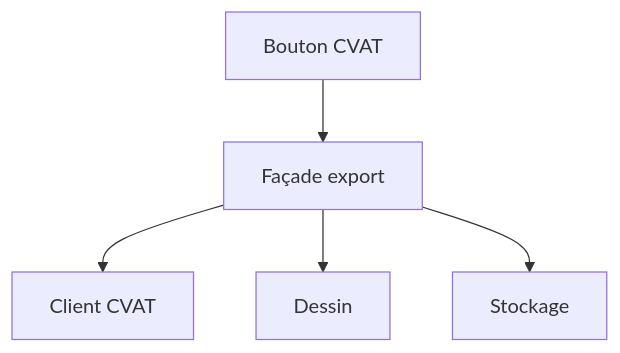
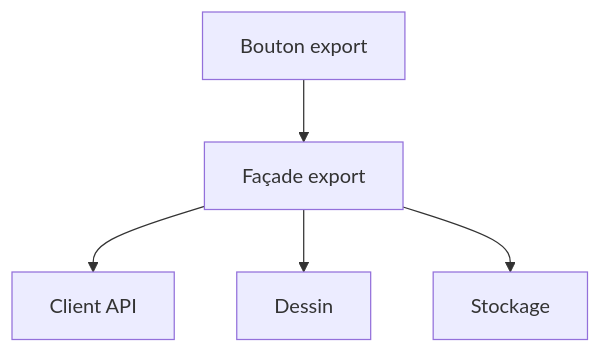
The diagram in 03 — Concepts/Patron Façade (Facade).md (galsen-76/Informatique-), drawn with Mermaid before and after one commit. The commit also changed other lines of this file and 503 other files, not shown here.

````diff
--- a/03 — Concepts/Patron Façade (Facade).md
+++ b/03 — Concepts/Patron Façade (Facade).md
@@ -51,7 +50,7 @@
 ```mermaid
 flowchart TD
-B[Bouton CVAT] --> F[Façade export]
-  F --> C[Client CVAT]
+B[Bouton export] --> F[Façade export]
+  F --> C[Client API]
   F --> D[Dessin]
   F --> S[Stockage]
 ```
````
